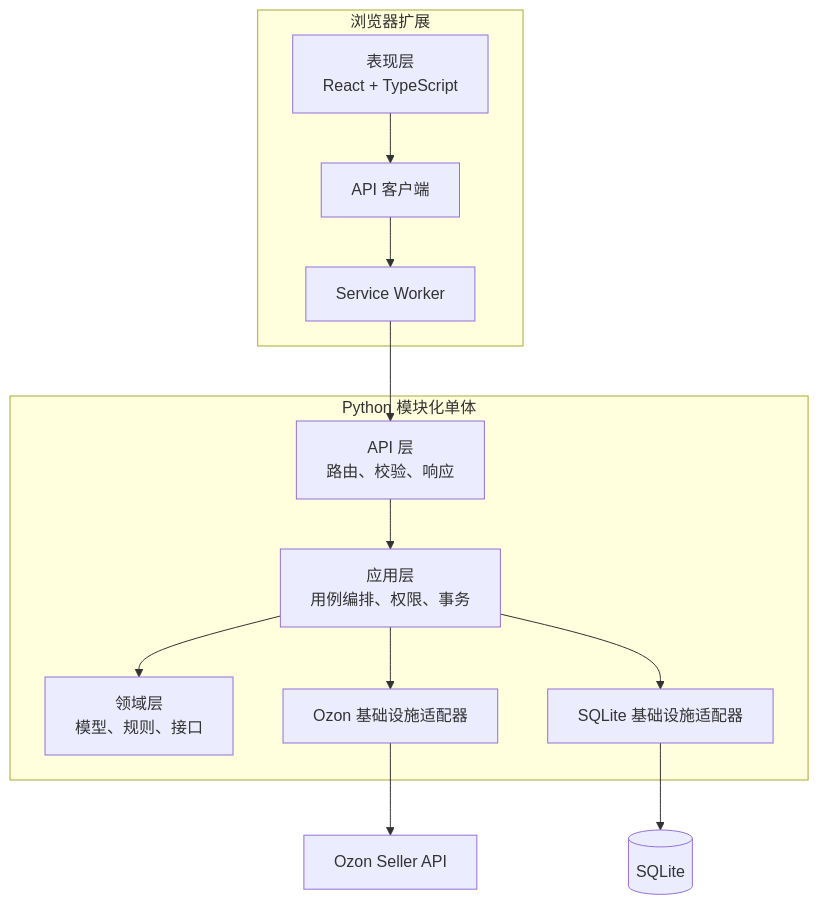
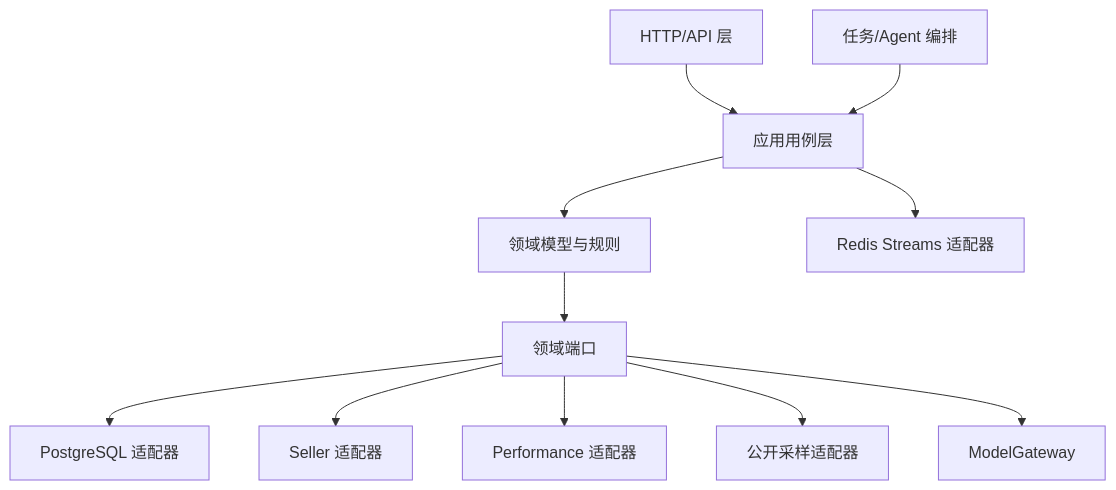
Before and after one commit to pengxdCSDN/ozonslj: the second of 2 diagrams in docs/ARCHITECTURE.md, drawn with Mermaid. The commit also changed other lines of this file and 720 other files, not shown here.

````diff
--- a/docs/ARCHITECTURE.md
+++ b/docs/ARCHITECTURE.md
@@ -28,24 +57,13 @@
 ```mermaid
 flowchart TB
-    subgraph Browser["浏览器扩展"]
-        UI["表现层<br/>React + TypeScript"]
-        CLIENT["API 客户端"]
-        WORKER["Service Worker"]
-        UI --> CLIENT --> WORKER
-    end
-
-    subgraph Backend["Python 模块化单体"]
-        HTTP["API 层<br/>路由、校验、响应"]
-        APP["应用层<br/>用例编排、权限、事务"]
-        DOMAIN["领域层<br/>模型、规则、接口"]
-        OZONADAPTER["Ozon 基础设施适配器"]
-        SQLITE["SQLite 基础设施适配器"]
-        HTTP --> APP --> DOMAIN
-        APP --> OZONADAPTER
-        APP --> SQLITE
-    end
-
-    WORKER --> HTTP
-    OZONADAPTER --> OZON["Ozon Seller API"]
-    SQLITE --> DB[("SQLite")]
+    HTTP["HTTP/API 层"] --> APP["应用用例层"]
+    WORKFLOW["任务/Agent 编排"] --> APP
+    APP --> DOMAIN["领域模型与规则"]
+    DOMAIN --> PORTS["领域端口"]
+    PORTS --> PGADAPTER["PostgreSQL 适配器"]
+    PORTS --> SELLERADAPTER["Seller 适配器"]
+    PORTS --> PERFADAPTER["Performance 适配器"]
+    PORTS --> COLLECTOR["公开采样适配器"]
+    PORTS --> MODEL["ModelGateway"]
+    APP --> QUEUE["Redis Streams 适配器"]
 ```
````
